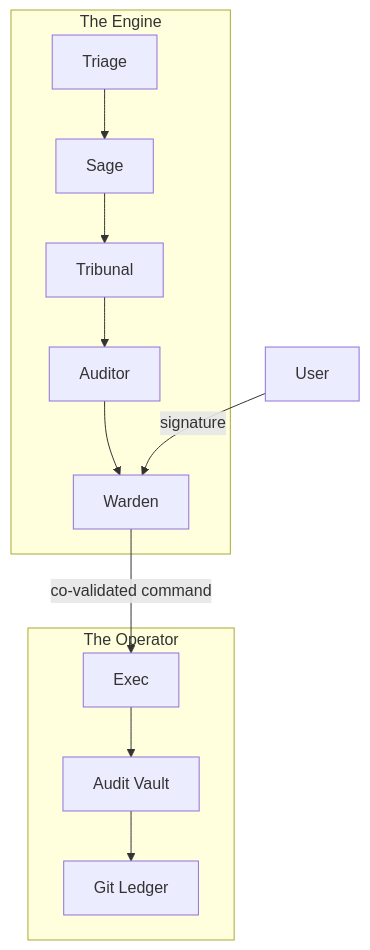
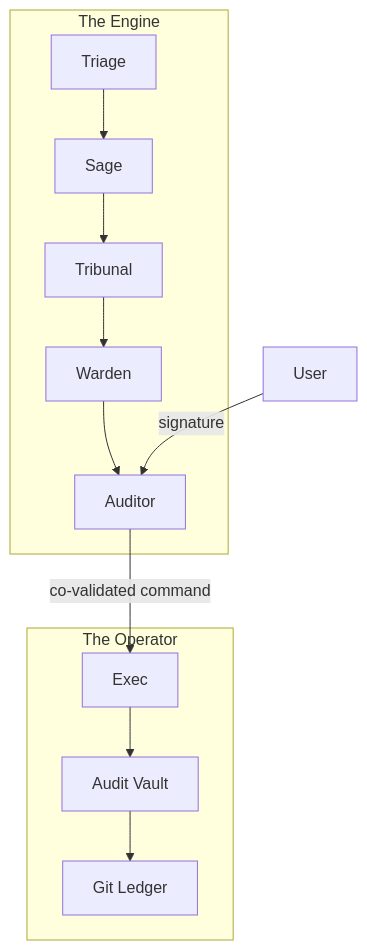
One commit to g8e-ai/g8e changed the diagram in docs/architecture/position_paper.md. Above: the diagram before and after it, drawn with Mermaid. The commit also changed other lines of this file and 85 other files, not shown here.

````diff
--- a/docs/architecture/position_paper.md
+++ b/docs/architecture/position_paper.md
@@ -59,17 +62,17 @@
 ```mermaid
 graph TD
     U[User]
     subgraph Engine [The Engine]
         T[Triage] --> S[Sage]
         S --> Tr[Tribunal]
-        Tr --> Au[Auditor]
-        Au --> W[Warden]
+        Tr --> W[Warden]
+        W --> Au[Auditor]
     end
     subgraph Operator [The Operator]
         Ex[Exec]
         Ex --> Ad[Audit Vault]
         Ad --> G[Git Ledger]
     end
-    U[User] -- signature --> W
-    W -- co-validated command --> Ex
+    U[User] -- signature --> Au
+    Au -- co-validated command --> Ex
 ```
````
